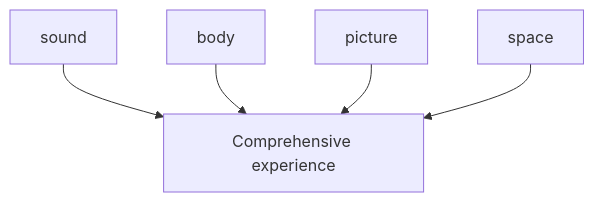
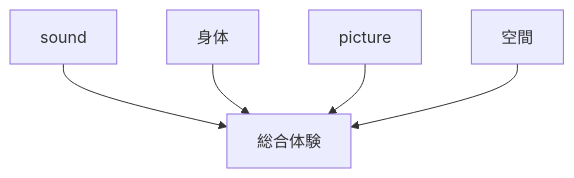
Before and after one commit to monumental-movement/monumental-movement.github.io: the fourth of 5 diagrams in en/_posts/2026-05-30-column-meredith-monk.md, drawn with Mermaid. The commit also changed other lines of this file and 2196 other files, not shown here.

```diff
--- a/en/_posts/2026-05-30-column-meredith-monk.md
+++ b/en/_posts/2026-05-30-column-meredith-monk.md
@@ -223,7 +223,7 @@
 <div class="mermaid">
 graph TD
-A[sound] --> E[Comprehensive experience]
-B[body] --> E
+A[sound] --> E[総合体験]
+B[身体] --> E
 C[picture] --> E
-D[space] --> E
+D[空間] --> E
 </div>
```
